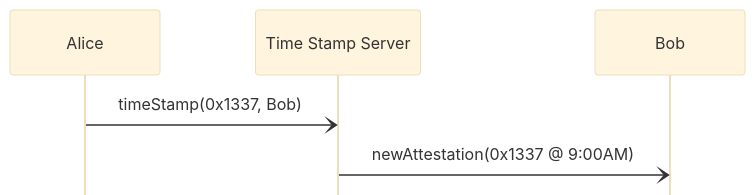
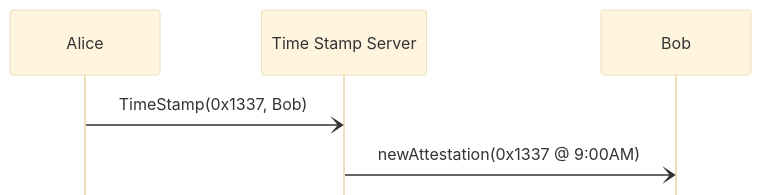
The second of 3 diagrams in docs/tutorial/engines/index.juvix.md (anoma/nspec), drawn with Mermaid (base theme) before and after one commit. The commit also changed other lines of this file, not shown here.

````diff
--- a/docs/tutorial/engines/index.juvix.md
+++ b/docs/tutorial/engines/index.juvix.md
@@ -99,9 +103,9 @@
 	```mermaid
 	%%{initialize: {'mirrorActors': false, "htmlLabels": true} }%%
 	sequenceDiagram
 		participant A as Alice
 		participant S as Time Stamp Server
 		participant B as Bob
-		A -) S: timeStamp(0x1337, Bob)
+		A -) S: TimeStamp(0x1337, Bob)
 		S -) B: newAttestation(0x1337 @ 9:00AM)
 	```
````
